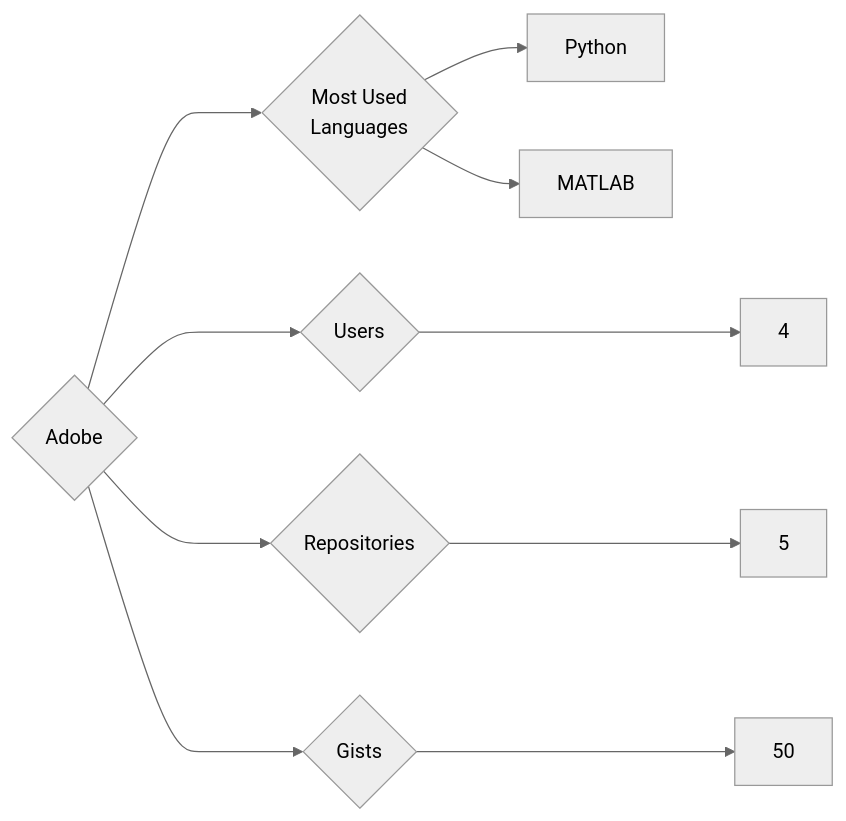
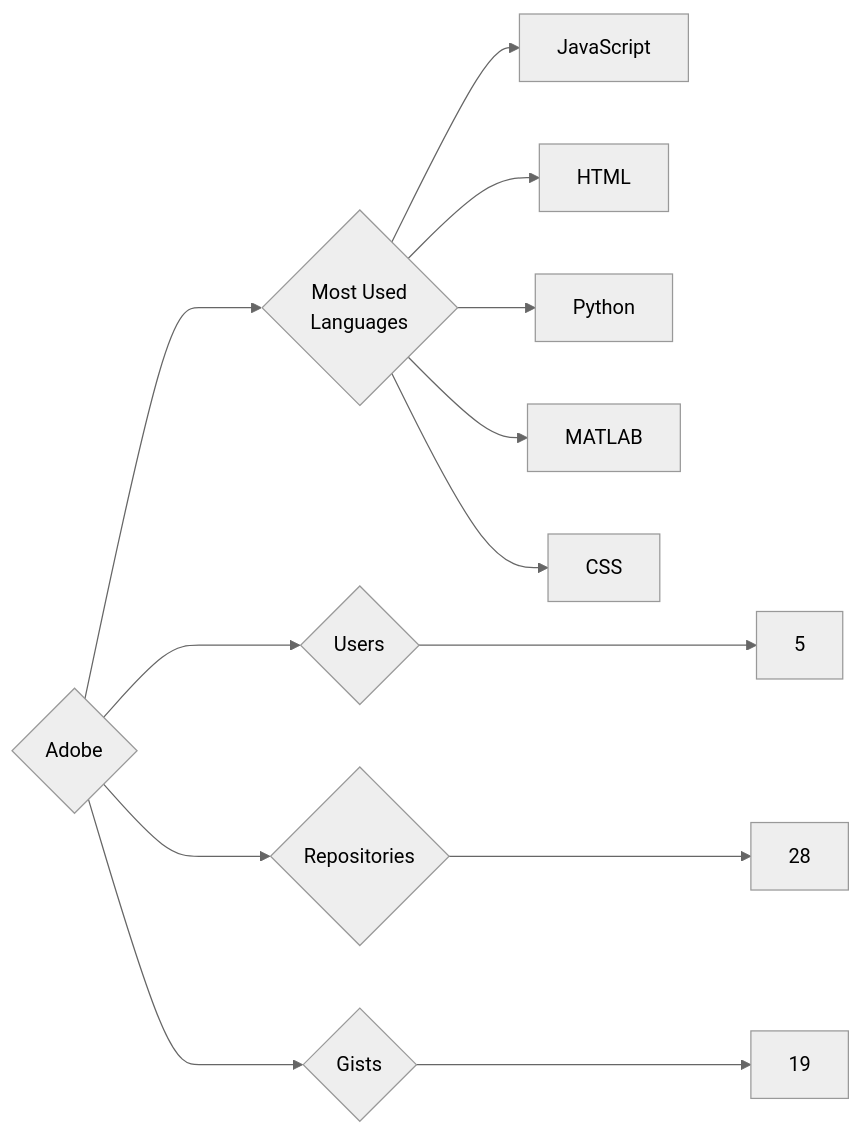
Before and after one commit to trickest/insiders: the diagram in targets/Adobe/README.md, drawn with Mermaid (neutral theme). The commit also changed 1212 other files, not shown here.

````diff
--- a/targets/Adobe/README.md
+++ b/targets/Adobe/README.md
@@ -3,10 +3,13 @@
 ```mermaid
 graph LR
 COMPANY_NAME{Adobe}
-COMPANY_NAME ---> U{Users} ---> UN[4]
-COMPANY_NAME ---> R{Repositories} ---> RN[5]
-COMPANY_NAME ---> G{Gists} ---> GN[50]
+COMPANY_NAME ---> U{Users} ---> UN[5]
+COMPANY_NAME ---> R{Repositories} ---> RN[28]
+COMPANY_NAME ---> G{Gists} ---> GN[19]
 COMPANY_NAME ---> ML{Most Used<br>Languages}
+ML --> JavaScript[JavaScript]
+ML --> HTML[HTML]
 ML --> Python[Python]
 ML --> MATLAB[MATLAB]
+ML --> CSS[CSS]
 ```
````
